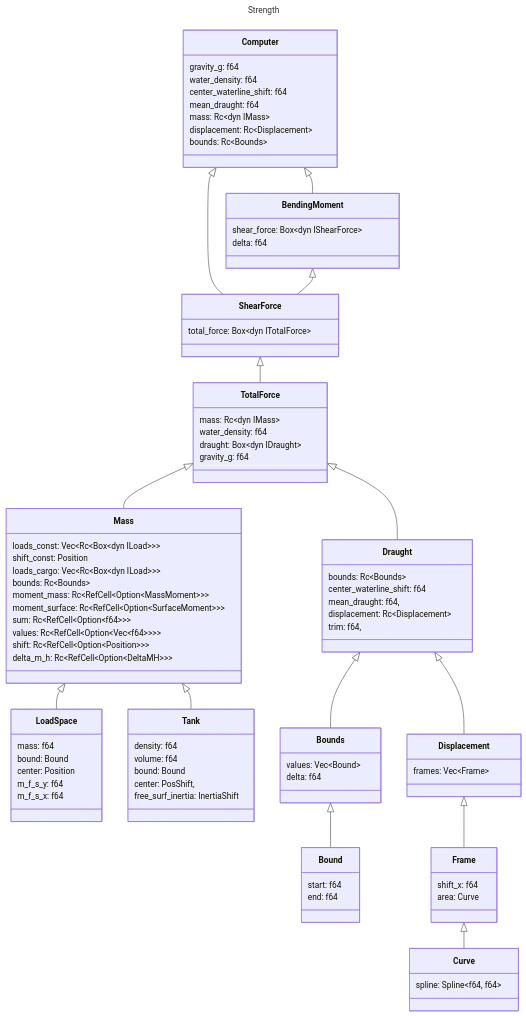
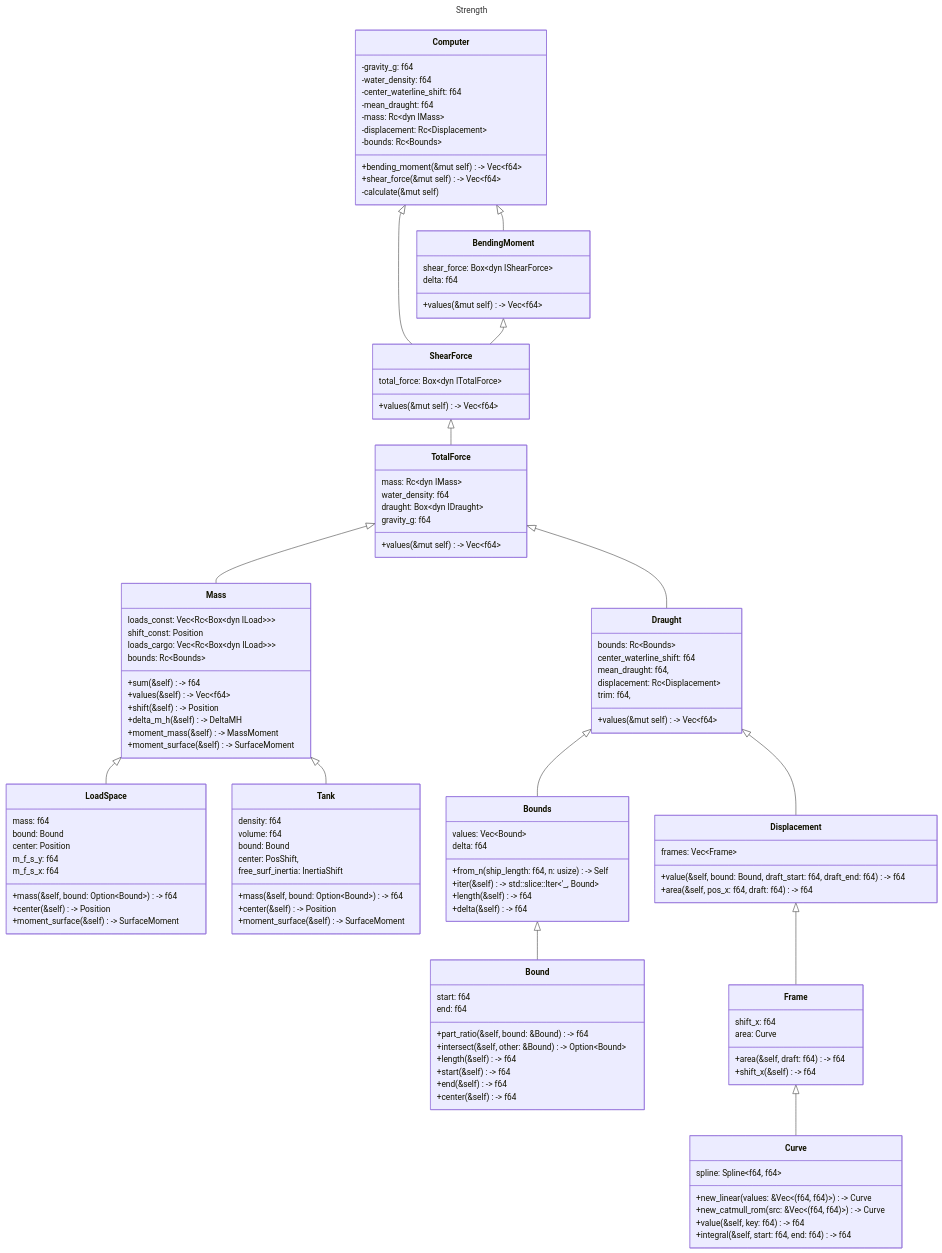
One commit to a-givertzman/sss-computing-strength changed the diagram in design/schema.mmd. Above: the diagram before and after it, drawn with Mermaid.

Commit message:
Back | fix schema

```diff
--- a/design/schema.mmd
+++ b/design/schema.mmd
@@ -1,104 +1,135 @@
 ---
 title: Strength
 ---
 classDiagram
 
     class Computer{   
-        gravity_g: f64
-        water_density: f64
-        center_waterline_shift: f64
-        mean_draught: f64
-        mass: Rc~dyn IMass~
-        displacement: Rc~Displacement~
-        bounds: Rc~Bounds~ 
+        -gravity_g: f64
+        -water_density: f64
+        -center_waterline_shift: f64
+        -mean_draught: f64
+        -mass: Rc~dyn IMass~
+        -displacement: Rc~Displacement~
+        -bounds: Rc~Bounds~ 
+        +bending_moment(&mut self) -> Vec~f64~
+        +shear_force(&mut self) -> Vec~f64~
+        -calculate(&mut self)
     }
 
     class BendingMoment{
         shear_force: Box~dyn IShearForce~
         delta: f64
+        +values(&mut self) -> Vec~f64~
     }
 
     class ShearForce{
         total_force: Box~dyn ITotalForce~
+        +values(&mut self) -> Vec~f64~ 
     }
 
     class TotalForce{
         mass: Rc~dyn IMass~
         water_density: f64
         draught: Box~dyn IDraught~
         gravity_g: f64
+        +values(&mut self) -> Vec~f64~
     }
 
     class Mass{
         loads_const: Vec~Rc~Box~dyn ILoad~~~
         shift_const: Position
         loads_cargo: Vec~Rc~Box~dyn ILoad~~~
         bounds: Rc~Bounds~
-        moment_mass: Rc~RefCell~Option~MassMoment~~~
-        moment_surface: Rc~RefCell~Option~SurfaceMoment~~~
-        sum: Rc~RefCell~Option~f64~~~
-        values: Rc~RefCell~Option~Vec~f64~~~~
-        shift: Rc~RefCell~Option~Position~~~
-        delta_m_h: Rc~RefCell~Option~DeltaMH~~~
+        +sum(&self) -> f64
+        +values(&self) -> Vec~f64~
+        +shift(&self) -> Position
+        +delta_m_h(&self) -> DeltaMH
+        +moment_mass(&self) -> MassMoment
+        +moment_surface(&self) -> SurfaceMoment
     }
 
     class LoadSpace{
         mass: f64
         bound: Bound
         center: Position
         m_f_s_y: f64
         m_f_s_x: f64
+        +mass(&self, bound: Option~Bound~) -> f64 
+        +center(&self) -> Position
+        +moment_surface(&self) -> SurfaceMoment
     }
 
     class Tank{
         density: f64 
         volume: f64
         bound: Bound
         center: PosShift,
         free_surf_inertia: InertiaShift
+        +mass(&self, bound: Option~Bound~) -> f64 
+        +center(&self) -> Position
+        +moment_surface(&self) -> SurfaceMoment
     }
 
     class Draught{
         bounds: Rc~Bounds~
         center_waterline_shift: f64
         mean_draught: f64,
         displacement: Rc~Displacement~
         trim: f64,
+        +values(&mut self) -> Vec~f64~
     }
 
     class Bounds{   
         values: Vec~Bound~
         delta: f64
+        +from_n(ship_length: f64, n: usize) -> Self 
+        +iter(&self) -> std::slice::Iter~'_, Bound~
+        +length(&self) -> f64
+        +delta(&self) -> f64        
     }
 
     class Bound{
         start: f64
         end: f64
+        +part_ratio(&self, bound: &Bound) -> f64
+        +intersect(&self, other: &Bound) -> Option~Bound~
+        +length(&self) -> f64
+        +start(&self) -> f64
+        +end(&self) -> f64
+        +center(&self) -> f64
     }
 
     class Displacement{        
         frames: Vec~Frame~
+        +value(&self, bound: Bound, draft_start: f64, draft_end: f64) -> f64
+        +area(&self, pos_x: f64, draft: f64) -> f64
     }
 
     class Frame{  
         shift_x: f64
-        area: Curve     
+        area: Curve
+        +area(&self, draft: f64) -> f64
+        +shift_x(&self) -> f64
     }
 
     class Curve{
         spline: Spline~f64, f64~
+        +new_linear(values: &Vec<(f64, f64)>) -> Curve
+        +new_catmull_rom(src: &Vec<(f64, f64)>) -> Curve 
+        +value(&self, key: f64) -> f64
+        +integral(&self, start: f64, end: f64) -> f64
     }
 
     Computer <|-- BendingMoment    
     Computer <|-- ShearForce   
     BendingMoment <|-- ShearForce
     ShearForce <|-- TotalForce
     TotalForce <|-- Mass
     TotalForce <|-- Draught
     Mass <|-- LoadSpace
     Mass <|-- Tank
     Draught <|-- Bounds
     Draught <|-- Displacement
     Displacement <|-- Frame
     Bounds <|-- Bound
     Frame <|-- Curve
```
